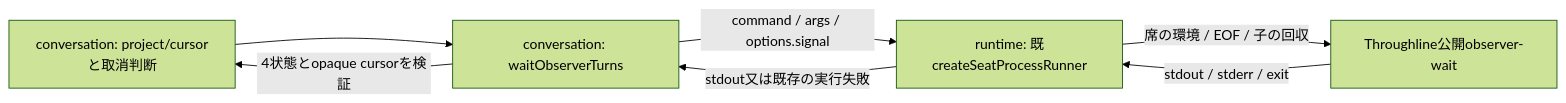
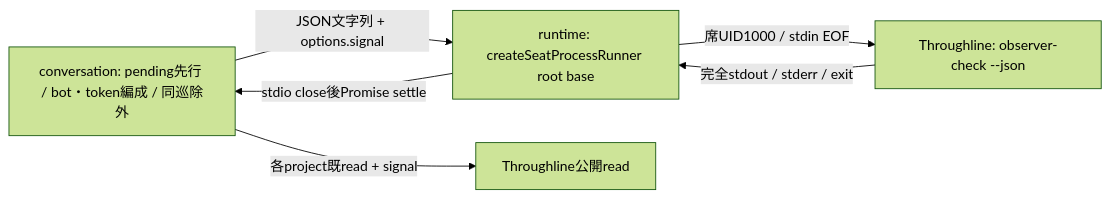
Before and after one commit to kitepon/BellTeam: the fourth of 4 diagrams in docs/architecture/modules/runtime/execution.md, drawn with Mermaid (forest theme). The commit also changed other lines of this file and 3 other files, not shown here.

Commit message:
Remove private Throughline signature runtime entry for public check consumer

````diff
--- a/docs/architecture/modules/runtime/execution.md
+++ b/docs/architecture/modules/runtime/execution.md
@@ -91,9 +91,8 @@
 ```mermaid
 flowchart LR
-  Consumer["conversation: project/cursorと取消判断"] --> Adapter["conversation: waitObserverTurns"]
-  Adapter -->|"command / args / options.signal"| Runner["runtime: 既createSeatProcessRunner"]
-  Runner -->|"席の環境 / EOF / 子の回収"| Public["Throughline公開observer-wait"]
-  Public -->|"stdout / stderr / exit"| Runner
-  Runner -->|"stdout又は既存の実行失敗"| Adapter
-  Adapter -->|"4状態とopaque cursorを検証"| Consumer
+  Consumer[conversation: pending先行 / bot・token編成 / 同巡除外] -->|JSON文字列 + options.signal| Runner[runtime: createSeatProcessRunner root base]
+  Runner -->|席UID1000 / stdin EOF| CLI[Throughline: observer-check --json]
+  CLI -->|完全stdout / stderr / exit| Runner
+  Runner -->|stdio close後Promise settle| Consumer
+  Consumer -->|各project既read + signal| Read[Throughline公開read]
 ```
````
